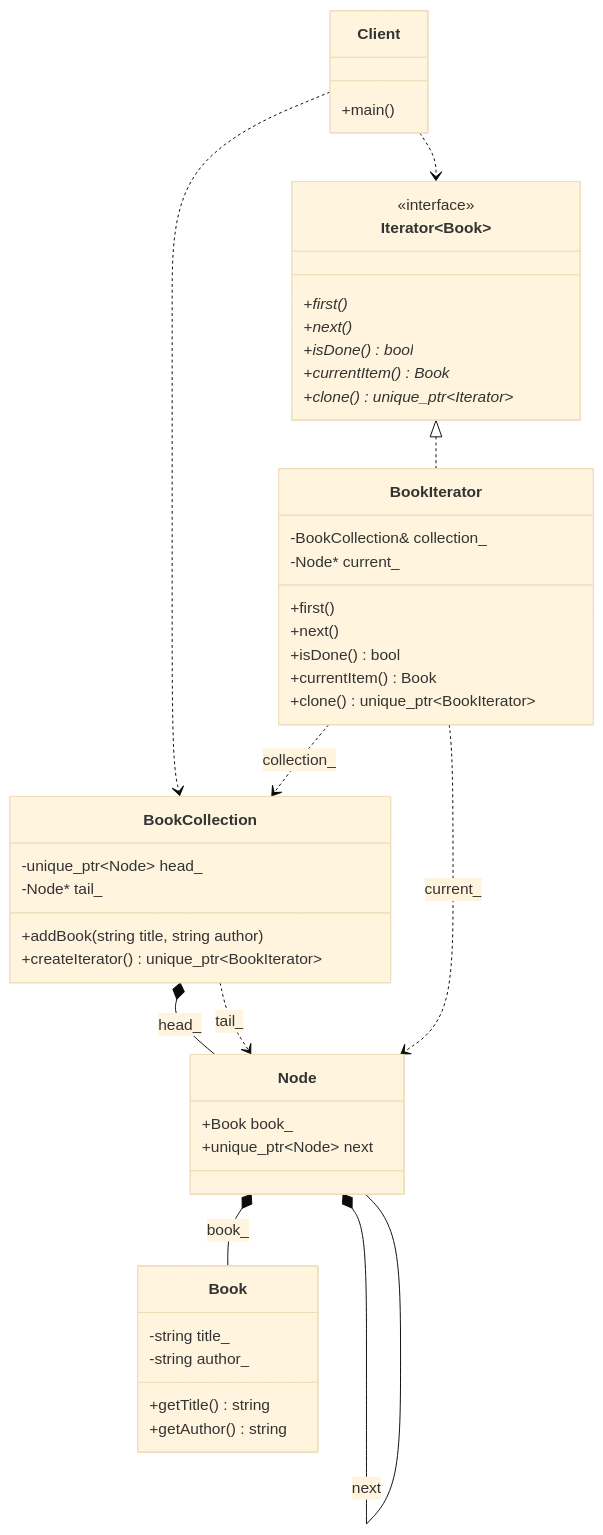
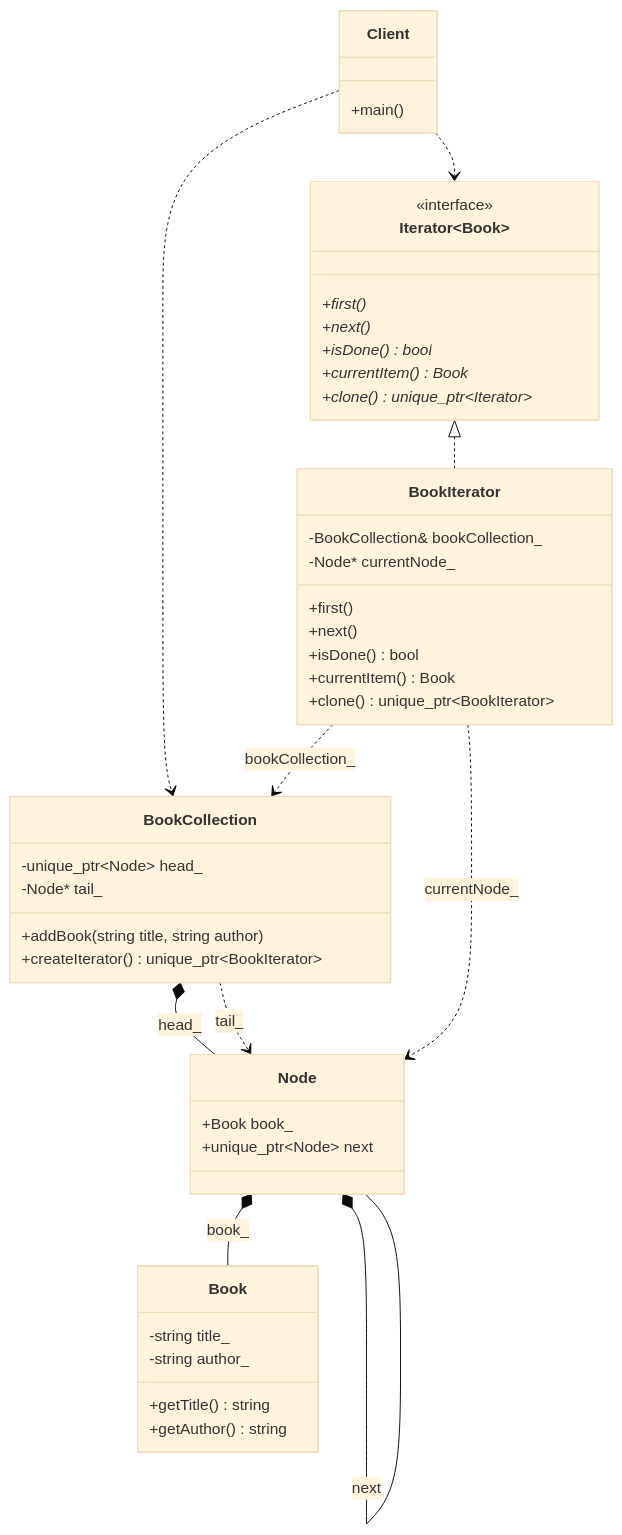
The diagram in 21_Iterator/Iterator_GoF/diagram.md (Cichlidfishexigency721/Modern-CPP-Design-Patterns), drawn with Mermaid (base theme) before and after one commit. The commit also changed 1 other file, not shown here.

Commit message:
Improvement in UML

````diff
--- a/21_Iterator/Iterator_GoF/diagram.md
+++ b/21_Iterator/Iterator_GoF/diagram.md
@@ -3,57 +3,57 @@
 ```mermaid
 classDiagram
     class Book {
         -string title_
         -string author_
         +getTitle() string
         +getAuthor() string
     }
 
     class Iterator~Book~ {
         <<interface>>
         +first()*
         +next()*
         +isDone()* bool
         +currentItem()* Book
         +clone()* unique_ptr~Iterator~
     }
 
     class Node {
         +Book book_
         +unique_ptr~Node~ next
     }
 
     class BookCollection {
         -unique_ptr~Node~ head_
         -Node* tail_
         +addBook(string title, string author)
         +createIterator() unique_ptr~BookIterator~
     }
 
     class BookIterator {
-        -BookCollection& collection_
-        -Node* current_
+        -BookCollection& bookCollection_
+        -Node* currentNode_
         +first()
         +next()
         +isDone() bool
         +currentItem() Book
         +clone() unique_ptr~BookIterator~
     }
 
     class Client {
         +main()
     }
 
     Iterator~Book~ <|.. BookIterator
 
     BookCollection *-- Node : head_
     BookCollection ..> Node : tail_
     Node *-- Book : book_
     Node *-- Node : next
 
-    BookIterator ..> BookCollection : collection_
-    BookIterator ..> Node : current_
+    BookIterator ..> BookCollection : bookCollection_
+    BookIterator ..> Node : currentNode_
     
     Client ..> BookCollection
     Client ..> Iterator
 ```
````
